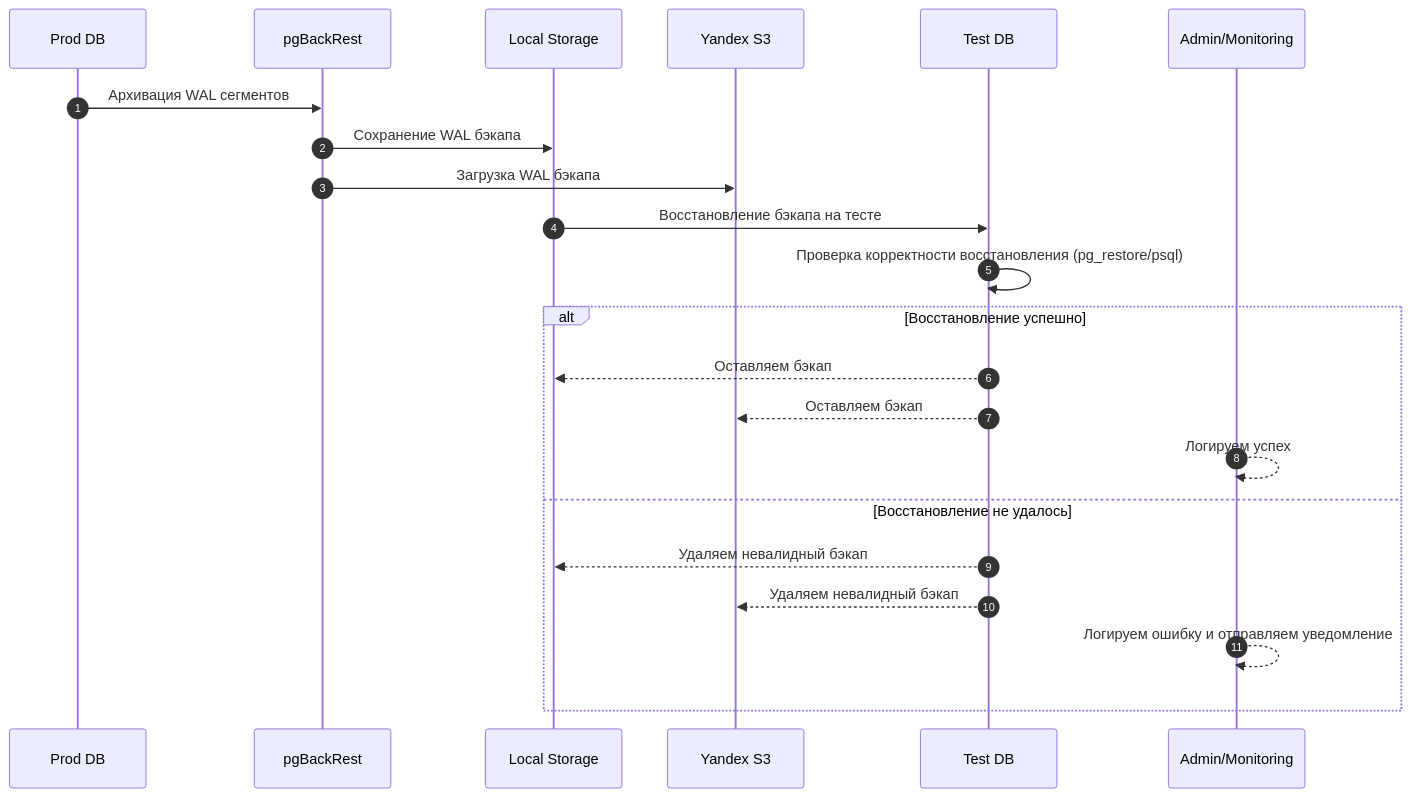
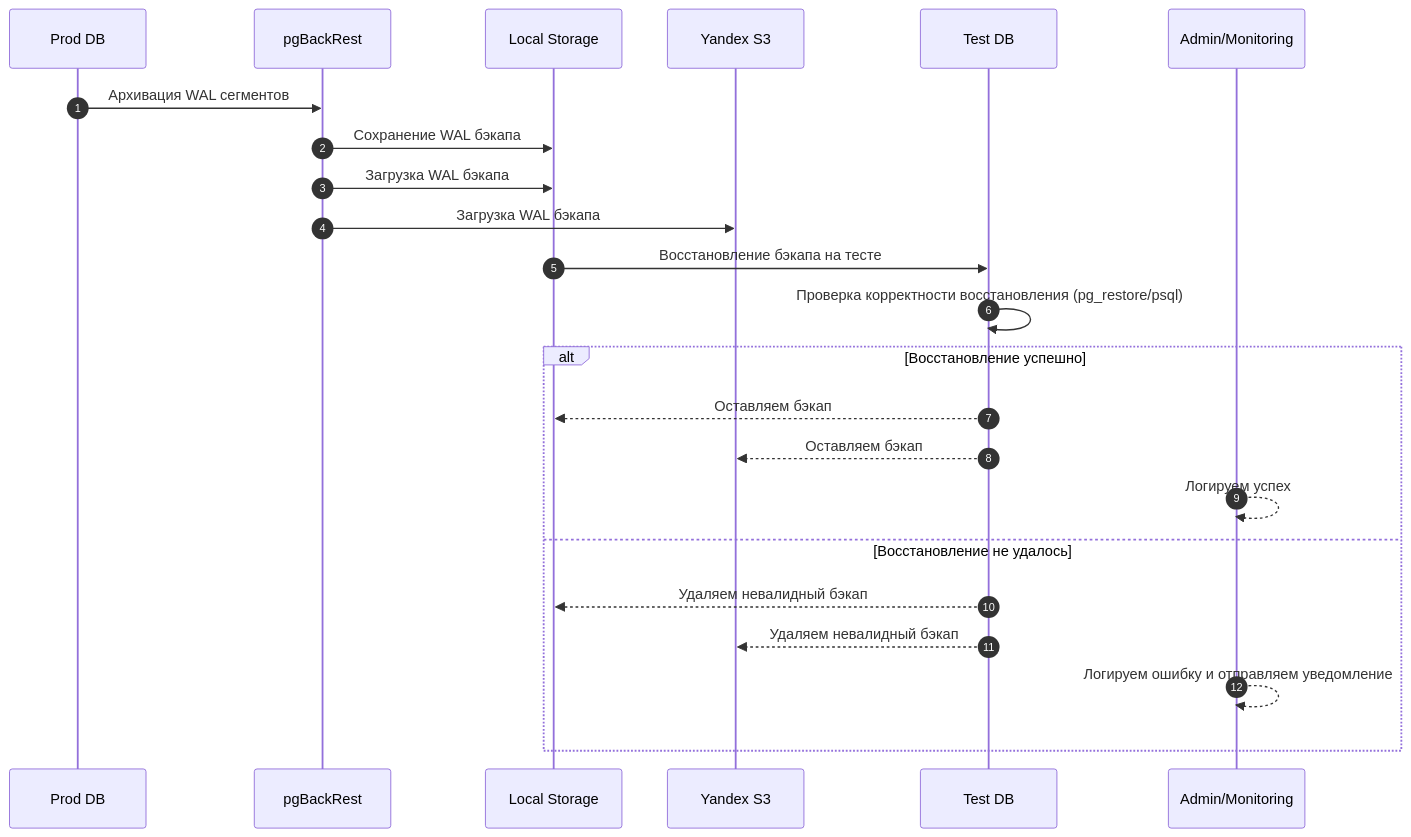
The first of 3 diagrams in CoreNotes/План РК для продуктивной БД.md (G4CHIM4STER/ObsidianVault), drawn with Mermaid before and after one commit. The commit also changed other lines of this file, not shown here.

````diff
--- a/CoreNotes/План РК для продуктивной БД.md
+++ b/CoreNotes/План РК для продуктивной БД.md
@@ -53,27 +53,28 @@
 ```mermaid
 sequenceDiagram
     autonumber
     participant ProdDB as Prod DB
     participant pgBackRest as pgBackRest
     participant Local as Local Storage
     participant S3 as Yandex S3
     participant TestDB as Test DB
     participant Admin as Admin/Monitoring
 
     ProdDB->>pgBackRest: Архивация WAL сегментов
     pgBackRest->>Local: Сохранение WAL бэкапа
-    pgBackRest->>S3: Загрузка WAL бэкапа
+    pgBackRest->>Local: Загрузка WAL бэкапа
+	pgBackRest->>S3: Загрузка WAL бэкапа
     Local->>TestDB: Восстановление бэкапа на тесте
     TestDB->>TestDB: Проверка корректности восстановления (pg_restore/psql)
     alt Восстановление успешно
         TestDB-->>Local: Оставляем бэкап
         TestDB-->>S3: Оставляем бэкап
         Admin-->>Admin: Логируем успех
     else Восстановление не удалось
         TestDB-->>Local: Удаляем невалидный бэкап
         TestDB-->>S3: Удаляем невалидный бэкап
         Admin-->>Admin: Логируем ошибку и отправляем уведомление
     end
 
 
 ```
````
